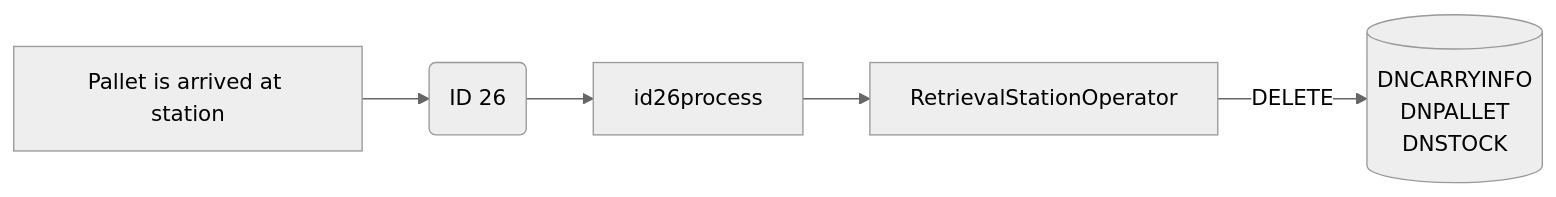
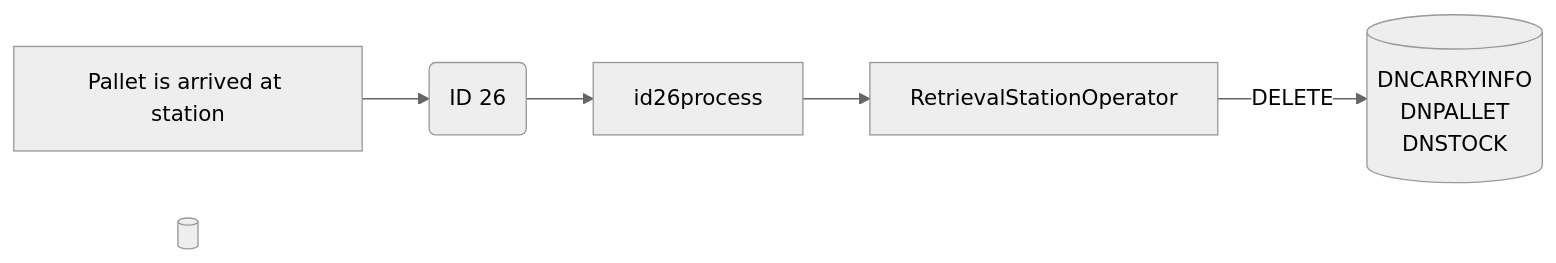
One commit to luthfiadityaa/SimeDarby-Wiki changed the eighth of 8 diagrams in Basic-Design/DFD-WMS/Retrieval/Unplanned-Retrieval-from-HP-Area.md. Above: the diagram before and after it, drawn with Mermaid (neutral theme).

Commit message:
Updated Unplanned Retrieval from HP Area

```diff
--- a/Basic-Design/DFD-WMS/Retrieval/Unplanned-Retrieval-from-HP-Area.md
+++ b/Basic-Design/DFD-WMS/Retrieval/Unplanned-Retrieval-from-HP-Area.md
@@ -233,27 +233,31 @@
 ::: mermaid
 flowchart LR
 
 buttonclicked["
 Pallet is arrived at station
 "]
 
 id26msg("
 ID 26
 ")
+
+id26-update[("
+
+")]
 
 id26-delete[("
 DNCARRYINFO
 DNPALLET
 DNSTOCK
 ")]
 
 id26process[id26process]
 retrievaloperator[RetrievalStationOperator]
 
 
 buttonclicked --> id26msg
 id26msg -->id26process
 id26process-->retrievaloperator
 
 retrievaloperator--> |DELETE| id26-delete
 :::
```
